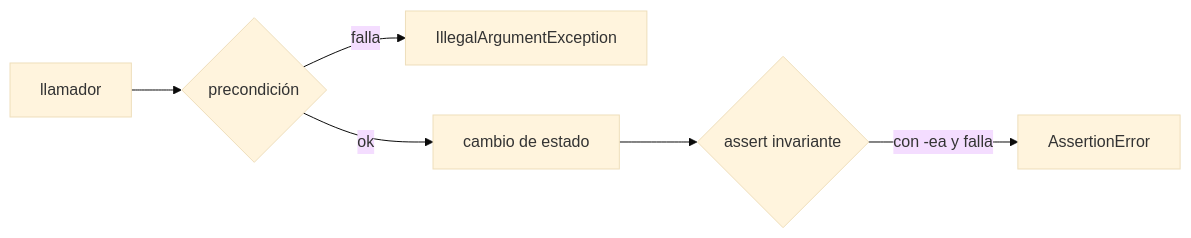
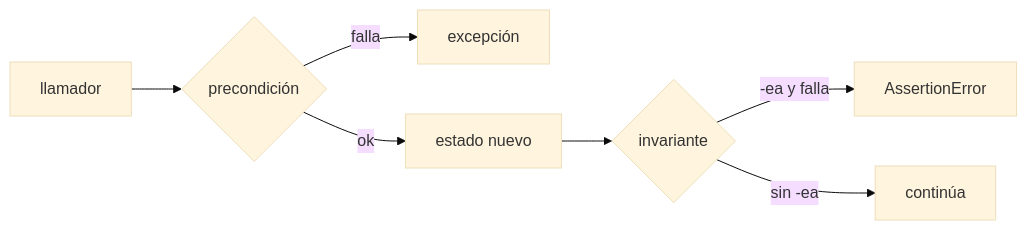
Before and after one commit to NICORUIZ93/The_Imperial_Book: the fourth of 7 diagrams in web/public/content/java/modulo-19.md, drawn with Mermaid (base theme). The commit also changed other lines of this file and 22 other files, not shown here.

First line of the commit message:
fix(diagrams): corregir decisiones sin rama y duplicados genéricos

````diff
--- a/web/public/content/java/modulo-19.md
+++ b/web/public/content/java/modulo-19.md
@@ -340,8 +341,9 @@
 ```mermaid
 flowchart LR
     L[llamador] --> P{precondición}
-    P -- falla --> E[IllegalArgumentException]
-    P -- ok --> M[cambio de estado]
-    M --> I{assert invariante}
-    I -- con -ea y falla --> A[AssertionError]
+    P -- falla --> E[excepción]
+    P -- ok --> M[estado nuevo]
+    M --> I{invariante}
+    I -- "-ea y falla" --> A[AssertionError]
+    I -- "sin -ea" --> OK[continúa]
 ```
````
